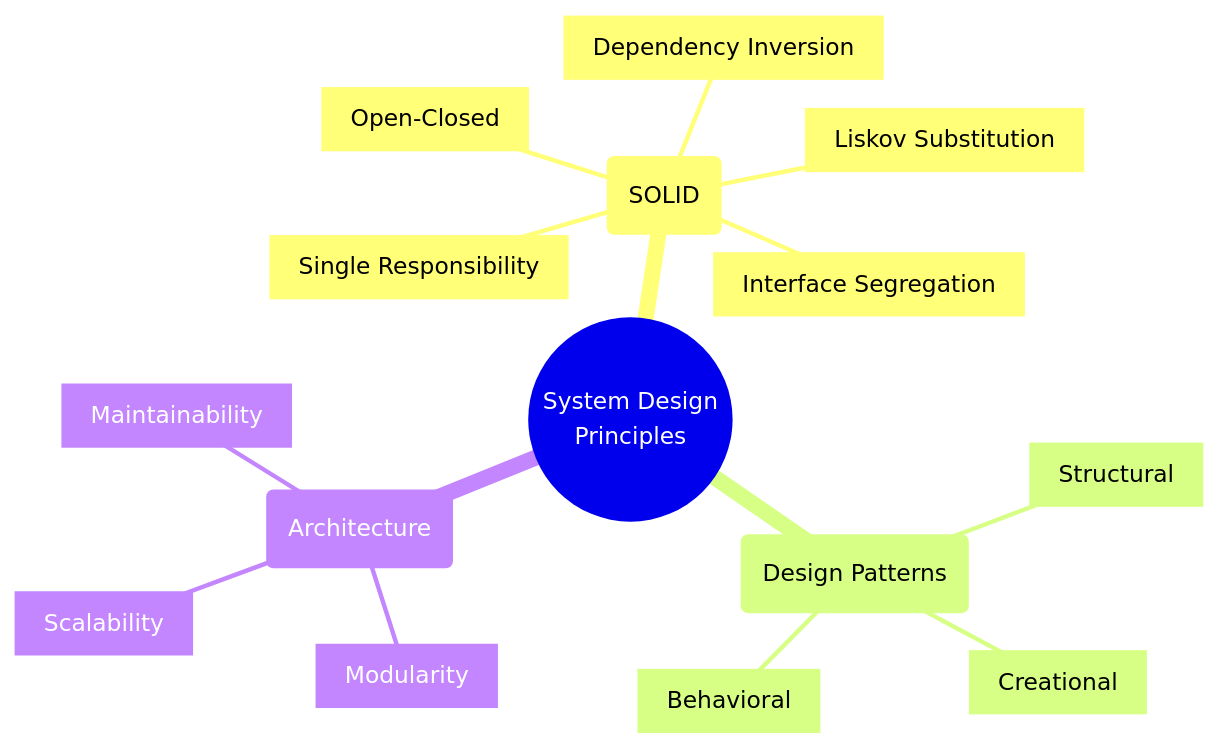
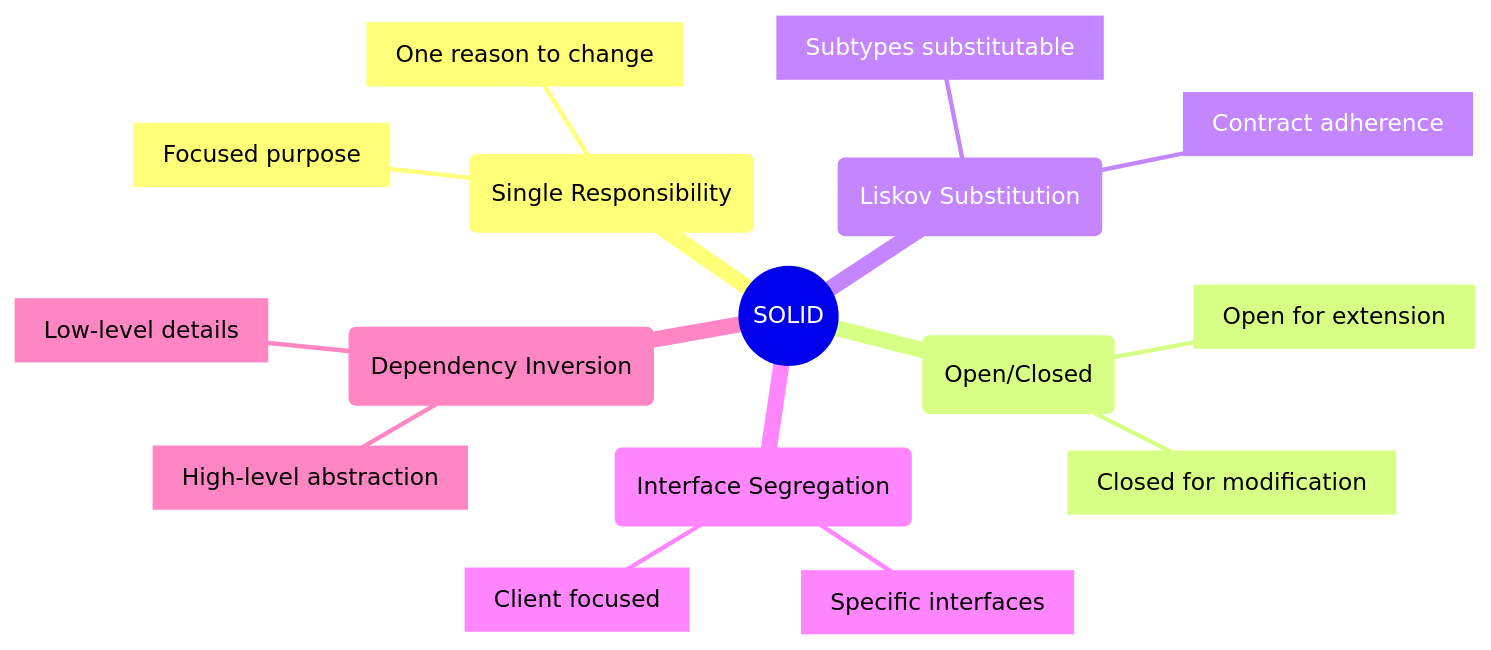
Before and after one commit to saravanakumarrc/Architecture_Journey: the first of 7 diagrams in src/System_Design_Principles_and_Patterns.md, drawn with Mermaid. The commit also changed other lines of this file and 4 other files, not shown here.

Commit message:
Refactor System Design Principles and Patterns documentation for clarity and conciseness; enhance Technical Debt Management framework with structured metrics and prioritization strategies.

````diff
--- a/src/System_Design_Principles_and_Patterns.md
+++ b/src/System_Design_Principles_and_Patterns.md
@@ -3,19 +7,19 @@
 ```mermaid
 mindmap
-    root((System Design
-        Principles))
-        (SOLID)
-            [Single Responsibility]
-            [Open-Closed]
-            [Liskov Substitution]
-            [Interface Segregation]
-            [Dependency Inversion]
-        (Design Patterns)
-            [Creational]
-            [Structural]
-            [Behavioral]
-        (Architecture)
-            [Modularity]
-            [Scalability]
-            [Maintainability]
+    root((SOLID))
+        (Single Responsibility)
+            [One reason to change]
+            [Focused purpose]
+        (Open/Closed)
+            [Open for extension]
+            [Closed for modification]
+        (Liskov Substitution)
+            [Subtypes substitutable]
+            [Contract adherence]
+        (Interface Segregation)
+            [Specific interfaces]
+            [Client focused]
+        (Dependency Inversion)
+            [High-level abstraction]
+            [Low-level details]
 ```
````
